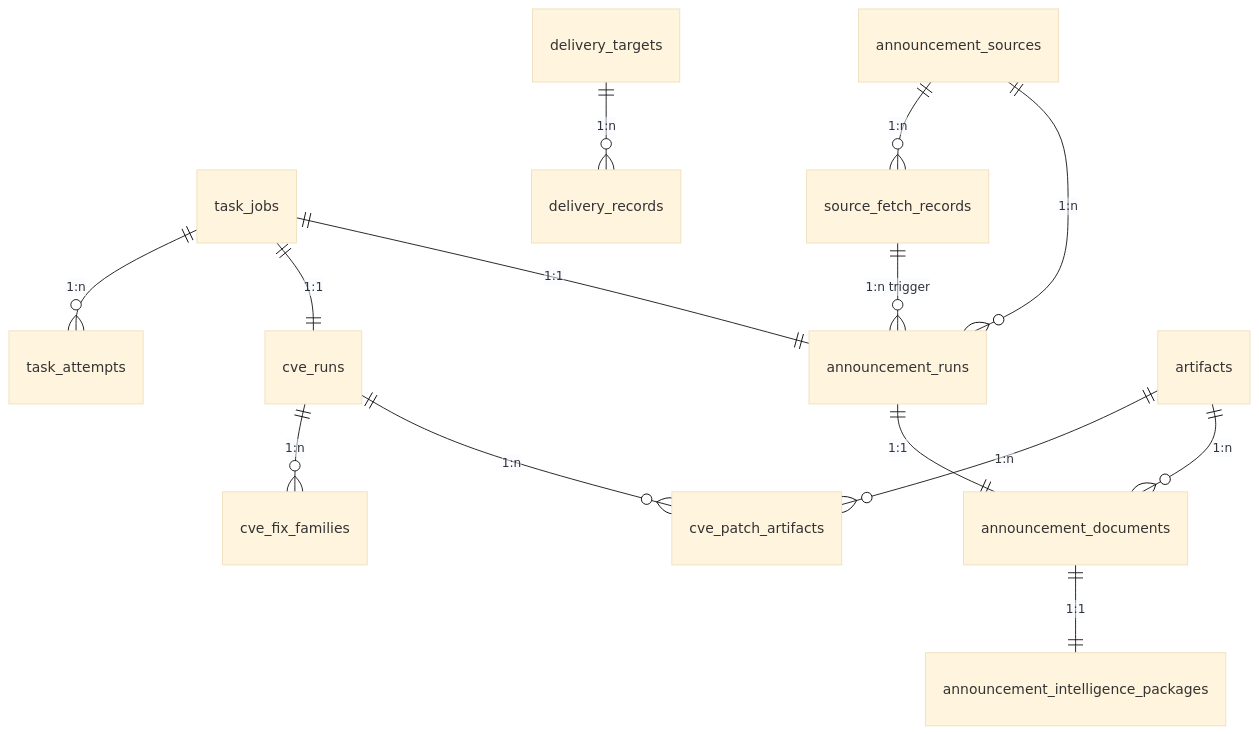
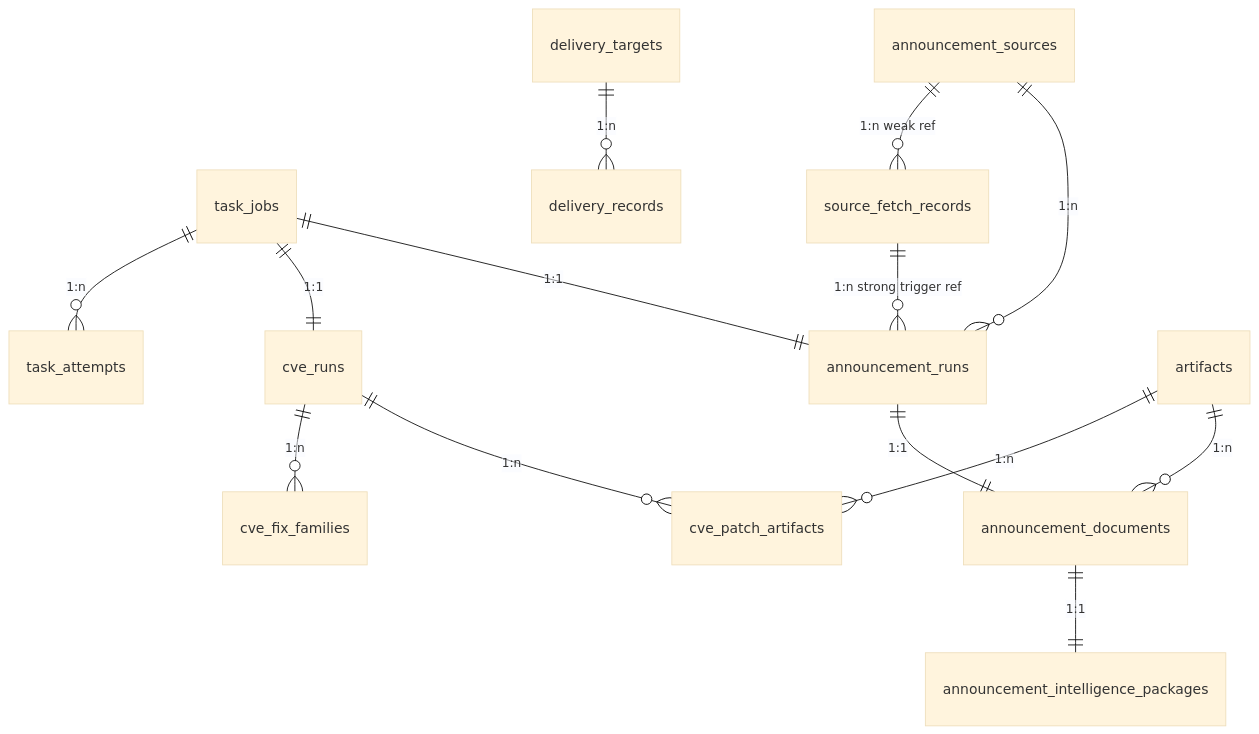
One commit to coeoo/AetherFlow changed the second of 2 diagrams in docs/03-系统架构/数据库设计.md. Above: the diagram before and after it, drawn with Mermaid (base theme). The commit also changed other lines of this file and 13 other files, not shown here.

````diff
--- a/docs/03-系统架构/数据库设计.md
+++ b/docs/03-系统架构/数据库设计.md
@@ -376,19 +382,19 @@
 ```mermaid
 erDiagram
     task_jobs ||--o{ task_attempts : "1:n"
     task_jobs ||--|| cve_runs : "1:1"
     task_jobs ||--|| announcement_runs : "1:1"
 
     delivery_targets ||--o{ delivery_records : "1:n"
     artifacts ||--o{ cve_patch_artifacts : "1:n"
     artifacts ||--o{ announcement_documents : "1:n"
 
     cve_runs ||--o{ cve_fix_families : "1:n"
     cve_runs ||--o{ cve_patch_artifacts : "1:n"
 
-    announcement_sources ||--o{ source_fetch_records : "1:n"
-    source_fetch_records ||--o{ announcement_runs : "1:n trigger"
+    announcement_sources ||--o{ source_fetch_records : "1:n weak ref"
+    source_fetch_records ||--o{ announcement_runs : "1:n strong trigger ref"
     announcement_sources ||--o{ announcement_runs : "1:n"
     announcement_runs ||--|| announcement_documents : "1:1"
     announcement_documents ||--|| announcement_intelligence_packages : "1:1"
 ```
````
